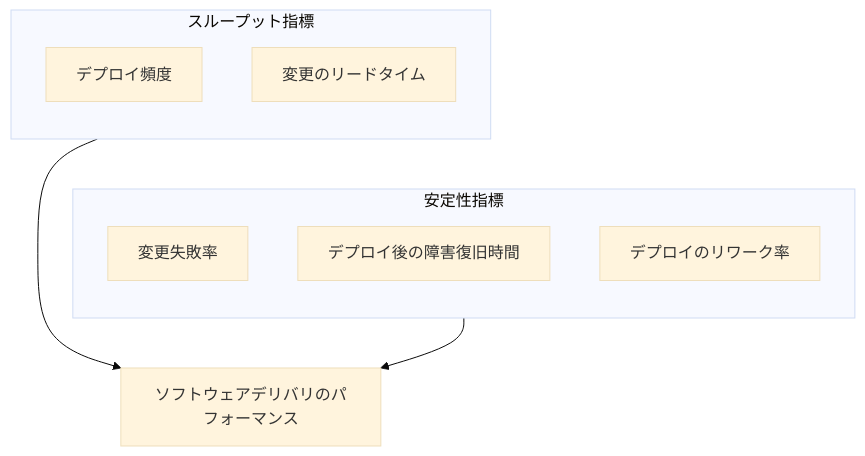
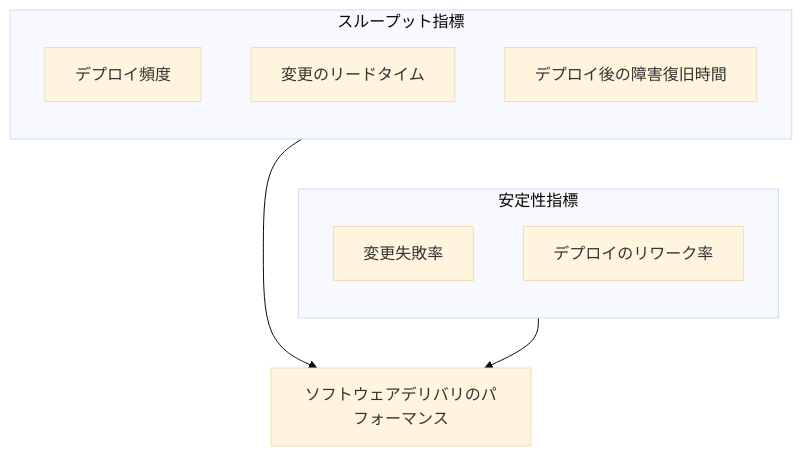
Before and after one commit to myoshi2891/Management-Team-Building-Studies: the second of 6 diagrams in Accelerate-lean-devops-guide.md, drawn with Mermaid (base theme). The commit also changed other lines of this file, not shown here.

````diff
--- a/Accelerate-lean-devops-guide.md
+++ b/Accelerate-lean-devops-guide.md
@@ -93,17 +93,17 @@
 ```mermaid
 flowchart TB
     subgraph TP["スループット指標"]
         direction TB
         A["デプロイ頻度"]
         B["変更のリードタイム"]
+        D["デプロイ後の障害復旧時間"]
     end
     subgraph ST["安定性指標"]
         direction TB
         C["変更失敗率"]
-        D["デプロイ後の障害復旧時間"]
         E["デプロイのリワーク率"]
     end
     TP ~~~ ST
     TP --> F["ソフトウェアデリバリのパフォーマンス"]
     ST --> F
 ```
````
